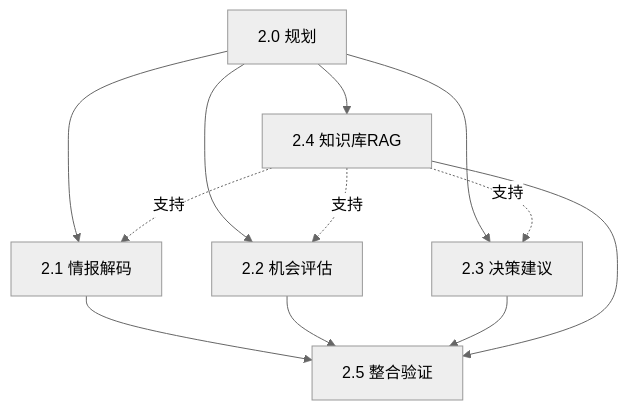
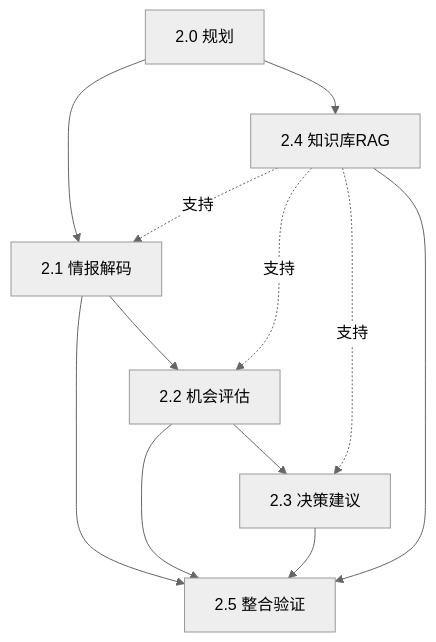
One commit to RiddleBox/DesignAssistant changed the diagram in data-layer/projects/proj_004/phase2_plan/阶段2团队构建方案.md. Above: the diagram before and after it, drawn with Mermaid (neutral theme). The commit also changed other lines of this file and 4 other files, not shown here.

````diff
--- a/data-layer/projects/proj_004/phase2_plan/阶段2团队构建方案.md
+++ b/data-layer/projects/proj_004/phase2_plan/阶段2团队构建方案.md
@@ -274,16 +284,16 @@
 ```mermaid
 graph TD
     A[2.0 规划] --> B[2.1 情报解码]
-    A --> C[2.2 机会评估]
-    A --> D[2.3 决策建议]
     A --> E[2.4 知识库RAG]
+    B --> C[2.2 机会评估]
+    C --> D[2.3 决策建议]
 
     B --> F[2.5 整合验证]
     C --> F
     D --> F
     E --> F
 
     E -.支持.-> B
     E -.支持.-> C
     E -.支持.-> D
 ```
````
